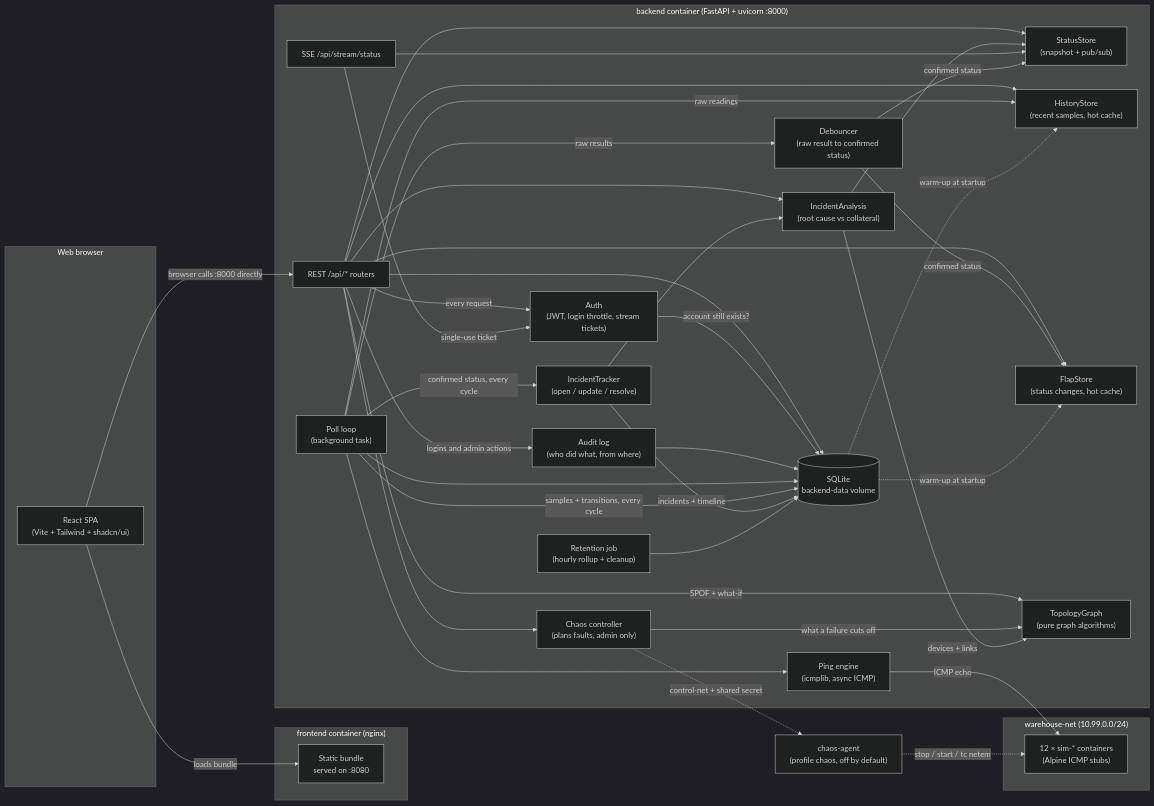
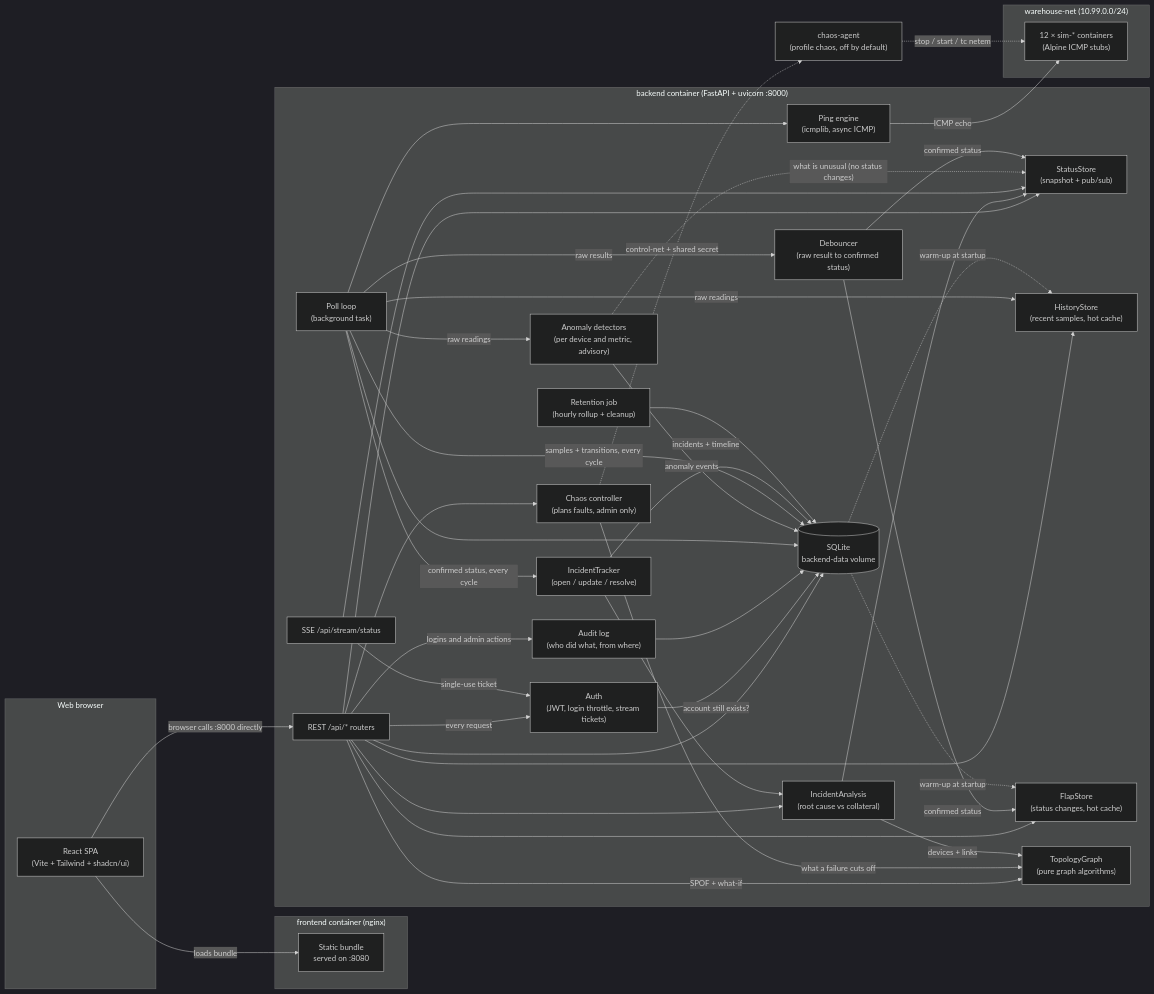
Before and after one commit to dumbL4d/network-analyser: the first of 10 diagrams in README.md, drawn with Mermaid (dark theme). The commit also changed other lines of this file and 35 other files, not shown here.

````diff
--- a/README.md
+++ b/README.md
@@ -65,71 +70,75 @@
 ```mermaid
 flowchart LR
     subgraph Browser["Web browser"]
         UI["React SPA<br/>(Vite + Tailwind + shadcn/ui)"]
     end
 
     subgraph FrontendContainer["frontend container (nginx)"]
         STATIC["Static bundle<br/>served on :8080"]
     end
 
     subgraph BackendContainer["backend container (FastAPI + uvicorn :8000)"]
         API["REST /api/* routers"]
         SSE["SSE /api/stream/status"]
         POLL["Poll loop<br/>(background task)"]
         PING["Ping engine<br/>(icmplib, async ICMP)"]
         DEB["Debouncer<br/>(raw result to confirmed status)"]
+        AN["Anomaly detectors<br/>(per device and metric, advisory)"]
         ST["StatusStore<br/>(snapshot + pub/sub)"]
         HS["HistoryStore<br/>(recent samples, hot cache)"]
         FS["FlapStore<br/>(status changes, hot cache)"]
         IA["IncidentAnalysis<br/>(root cause vs collateral)"]
         TG["TopologyGraph<br/>(pure graph algorithms)"]
         CH["Chaos controller<br/>(plans faults, admin only)"]
         AUTH["Auth<br/>(JWT, login throttle, stream tickets)"]
         AUD["Audit log<br/>(who did what, from where)"]
         TRK["IncidentTracker<br/>(open / update / resolve)"]
         RET["Retention job<br/>(hourly rollup + cleanup)"]
         DB[("SQLite<br/>backend-data volume")]
     end
 
     subgraph SimNet["warehouse-net (10.99.0.0/24)"]
         SIM["12 × sim-* containers<br/>(Alpine ICMP stubs)"]
     end
 
     AGENT["chaos-agent<br/>(profile chaos, off by default)"]
 
     UI -- "browser calls :8000 directly" --> API
     API --> DB
     API --> ST
     API --> HS
     API --> FS
     API --> IA
     API -- "SPOF + what-if" --> TG
     API --> CH
     API -- "every request" --> AUTH
     SSE -- "single-use ticket" --> AUTH
     AUTH -- "account still exists?" --> DB
     API -- "logins and admin actions" --> AUD
     AUD --> DB
     CH -- "what a failure cuts off" --> TG
     CH -. "control-net + shared secret" .-> AGENT
     AGENT -. "stop / start / tc netem" .-> SIM
     IA --> ST
     IA -- "devices + links" --> TG
     SSE --> ST
     POLL --> DB
     POLL --> PING
     PING -- "ICMP echo" --> SIM
     POLL -- "raw results" --> DEB
+    POLL -- "raw readings" --> AN
+    AN -. "what is unusual (no status changes)" .-> ST
+    AN -- "anomaly events" --> DB
     DEB -- "confirmed status" --> ST
     DEB -- "confirmed status" --> FS
     POLL -- "raw readings" --> HS
     POLL -- "samples + transitions, every cycle" --> DB
     POLL -- "confirmed status, every cycle" --> TRK
     TRK --> IA
     TRK -- "incidents + timeline" --> DB
     RET --> DB
     DB -. warm-up at startup .-> HS
     DB -. warm-up at startup .-> FS
 
     UI -- "loads bundle" --> STATIC
 ```
````
